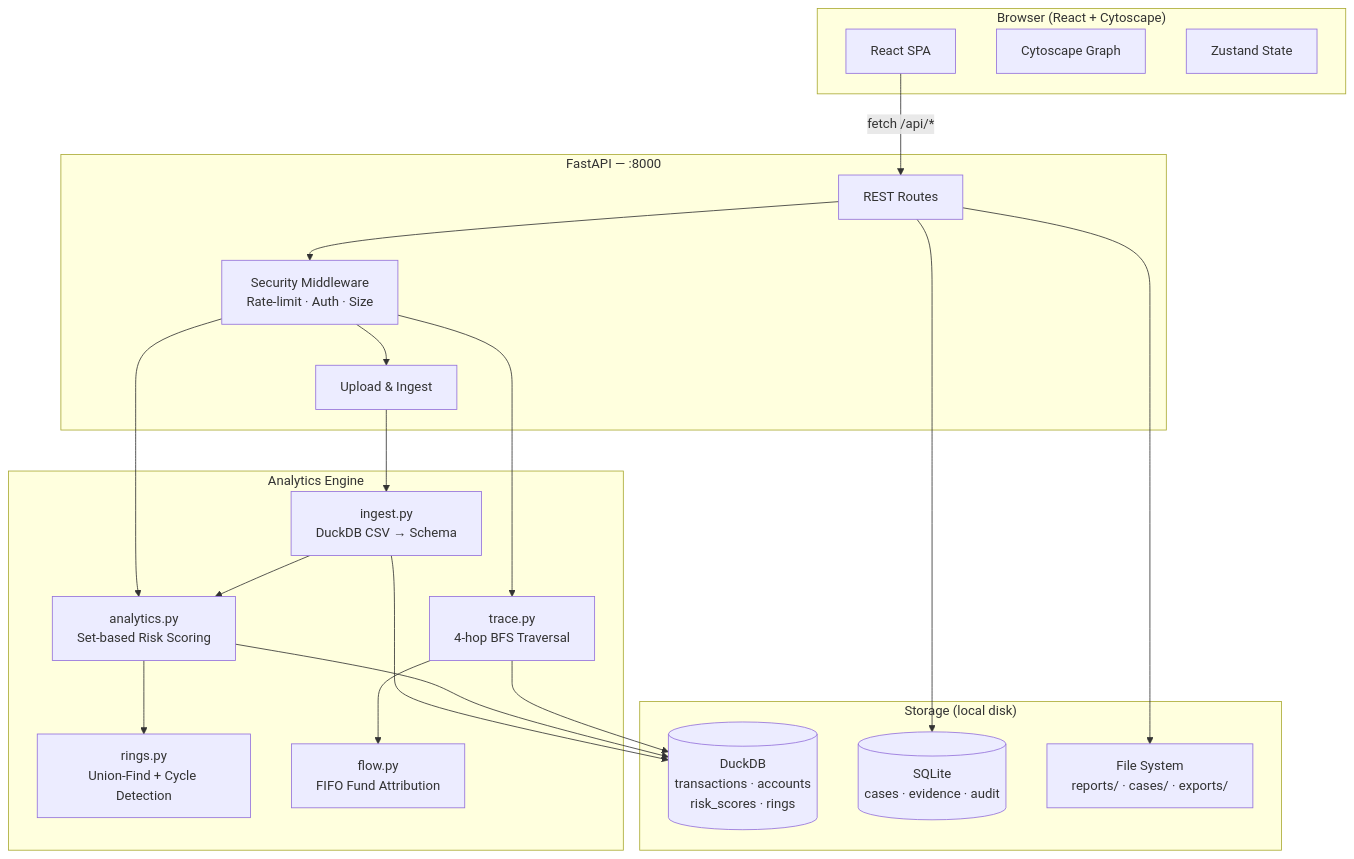
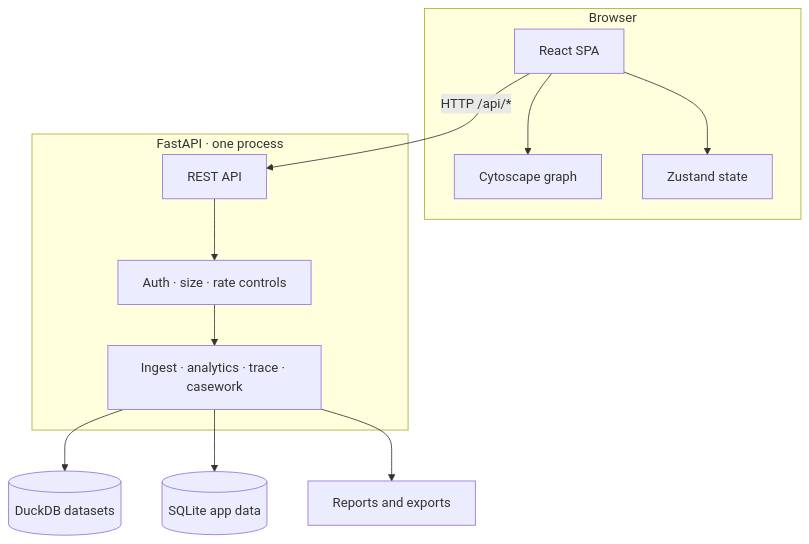
The first of 2 diagrams in ARCHITECTURE.md (SHASHWAT-19514/vh26), drawn with Mermaid before and after one commit. The commit also changed other lines of this file, not shown here.

First line of the commit message:
full flow

````diff
--- a/ARCHITECTURE.md
+++ b/ARCHITECTURE.md
@@ -72,41 +13,15 @@
 ```mermaid
 graph TD
-    subgraph Browser["Browser (React + Cytoscape)"]
-        UI[React SPA]
-        CY[Cytoscape Graph]
-        ZS[Zustand State]
-    end
-
-    subgraph API["FastAPI — :8000"]
-        RT[REST Routes]
-        MW[Security Middleware\nRate-limit · Auth · Size]
-        UP[Upload & Ingest]
-    end
-
-    subgraph Engine["Analytics Engine"]
-        ING[ingest.py\nDuckDB CSV → Schema]
-        ANA[analytics.py\nSet-based Risk Scoring]
-        RNG[rings.py\nUnion-Find + Cycle Detection]
-        TRC[trace.py\n4-hop BFS Traversal]
-        FLW[flow.py\nFIFO Fund Attribution]
-    end
-
-    subgraph Storage["Storage (local disk)"]
-        DDB[(DuckDB\ntransactions · accounts\nrisk_scores · rings)]
-        SDB[(SQLite\ncases · evidence · audit)]
-        FS[File System\nreports/ · cases/ · exports/]
-    end
-
-    UI -->|fetch /api/*| RT
-    RT --> MW
-    MW --> UP
-    MW --> TRC
-    MW --> ANA
-    UP --> ING --> ANA --> RNG
-    TRC --> FLW
-    ING --> DDB
-    ANA --> DDB
-    TRC --> DDB
-    RT --> SDB
-    RT --> FS
+  subgraph Browser
+    UI["React SPA"] --> Graph["Cytoscape graph"]
+    UI --> State["Zustand state"]
+  end
+  subgraph Service["FastAPI · one process"]
+    Routes["REST API"] --> Guard["Auth · size · rate controls"]
+    Guard --> Modules["Ingest · analytics · trace · casework"]
+  end
+  Modules --> DDB[("DuckDB datasets")]
+  Modules --> SDB[("SQLite app data")]
+  Modules --> Files["Reports and exports"]
+  UI -->|"HTTP /api/*"| Routes
 ```
````
